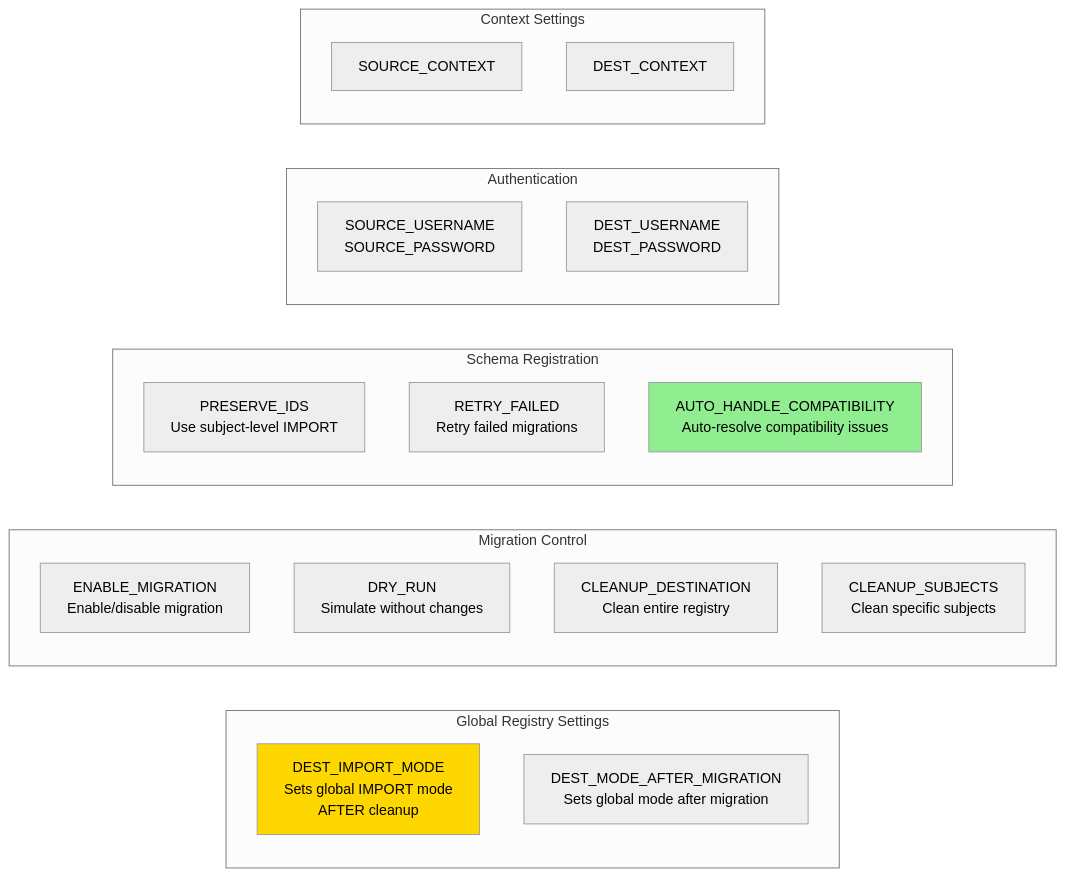
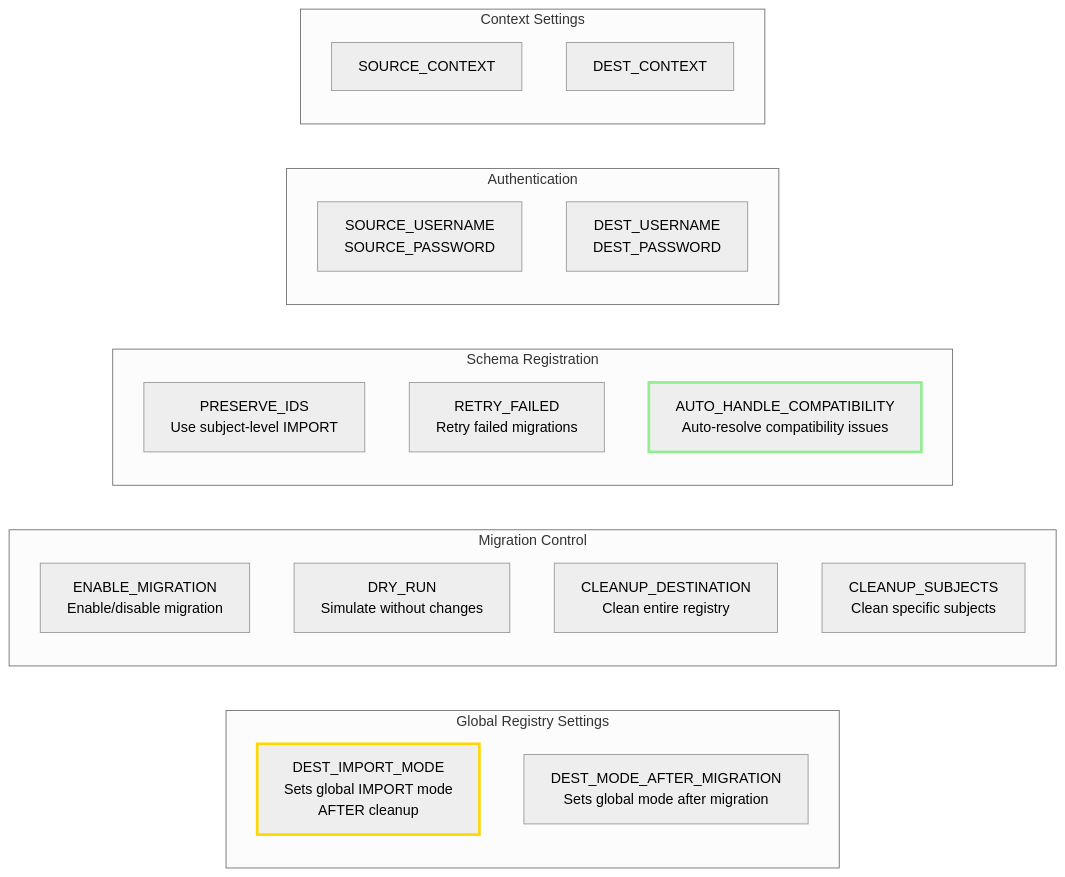
One commit to aywengo/kafka-schema-reg-migrator changed the third of 19 diagrams in migration-flow.md. Above: the diagram before and after it, drawn with Mermaid (neutral theme). The commit also changed other lines of this file, not shown here.

First line of the commit message:
Update migration flow documentation to enhance visual clarity and consistency

````diff
--- a/migration-flow.md
+++ b/migration-flow.md
@@ -172,33 +172,33 @@
 ```mermaid
 graph LR
     subgraph "Global Registry Settings"
         DEST_IMPORT_MODE[DEST_IMPORT_MODE<br/>Sets global IMPORT mode<br/>AFTER cleanup]
         DEST_MODE_AFTER[DEST_MODE_AFTER_MIGRATION<br/>Sets global mode after migration]
     end
     
     subgraph "Migration Control"
         ENABLE_MIGRATION[ENABLE_MIGRATION<br/>Enable/disable migration]
         DRY_RUN[DRY_RUN<br/>Simulate without changes]
         CLEANUP_DEST[CLEANUP_DESTINATION<br/>Clean entire registry]
         CLEANUP_SUBJ[CLEANUP_SUBJECTS<br/>Clean specific subjects]
     end
     
     subgraph "Schema Registration"
         PRESERVE_IDS[PRESERVE_IDS<br/>Use subject-level IMPORT]
         RETRY_FAILED[RETRY_FAILED<br/>Retry failed migrations]
         AUTO_COMPAT[AUTO_HANDLE_COMPATIBILITY<br/>Auto-resolve compatibility issues]
     end
     
     subgraph "Authentication"
         SOURCE_AUTH[SOURCE_USERNAME<br/>SOURCE_PASSWORD]
         DEST_AUTH[DEST_USERNAME<br/>DEST_PASSWORD]
     end
     
     subgraph "Context Settings"
         SOURCE_CTX[SOURCE_CONTEXT]
         DEST_CTX[DEST_CONTEXT]
     end
     
-    style AUTO_COMPAT fill:#90EE90
-    style DEST_IMPORT_MODE fill:#ffd700
+    style AUTO_COMPAT stroke:#90EE90,stroke-width:3px
+    style DEST_IMPORT_MODE stroke:#ffd700,stroke-width:3px
 ```
````
